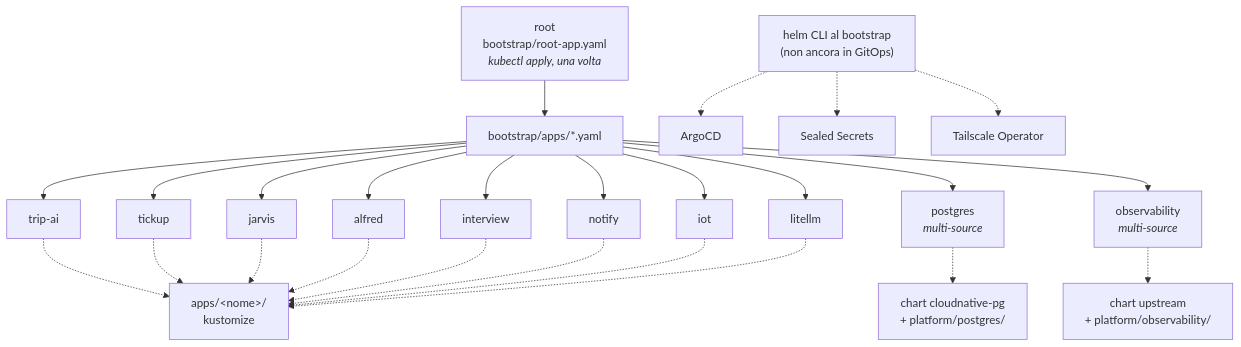
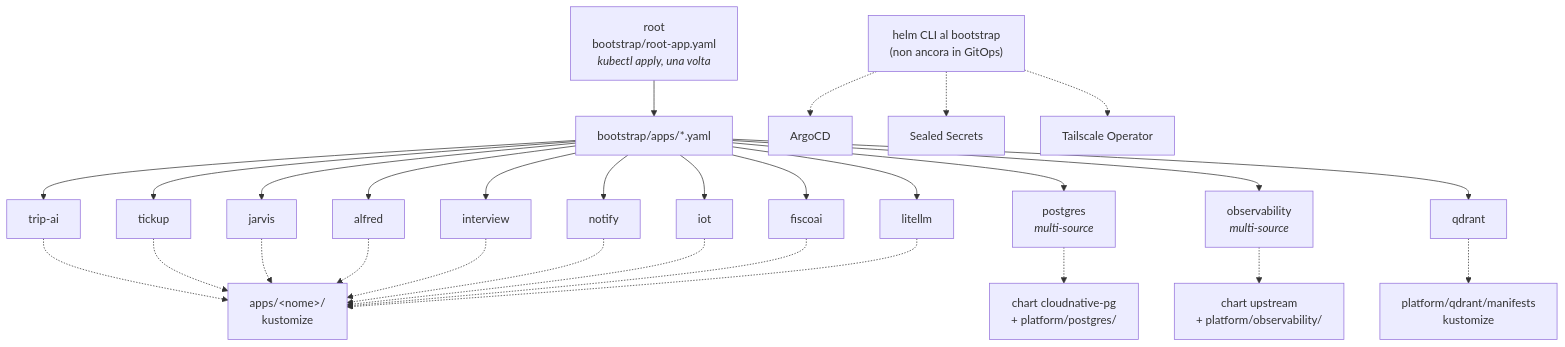
Before and after one commit to gmottola00/Home-Lab-Infra: the third of 8 diagrams in README.md, drawn with Mermaid. The commit also changed other lines of this file, not shown here.

Commit message:
docs(readme): FiscoAI, shared Qdrant and Voyage embeddings

````diff
--- a/README.md
+++ b/README.md
@@ -136,15 +141,17 @@
 ```mermaid
 flowchart TD
     root["root<br/>bootstrap/root-app.yaml<br/><i>kubectl apply, una volta</i>"] --> dir["bootstrap/apps/*.yaml"]
 
-    dir --> a1["trip-ai"] & a2["tickup"] & a3["jarvis"] & a4["alfred"] & a5["interview"] & a6["notify"] & a7["iot"]
+    dir --> a1["trip-ai"] & a2["tickup"] & a3["jarvis"] & a4["alfred"] & a5["interview"] & a6["notify"] & a7["iot"] & a8["fiscoai"]
     dir --> p1["litellm"]
     dir --> p2["postgres<br/><i>multi-source</i>"]
     dir --> p3["observability<br/><i>multi-source</i>"]
+    dir --> p4["qdrant"]
 
-    a1 & a2 & a3 & a4 & a5 & a6 & a7 & p1 -.-> k["apps/#lt;nome#gt;/<br/>kustomize"]
+    a1 & a2 & a3 & a4 & a5 & a6 & a7 & a8 & p1 -.-> k["apps/#lt;nome#gt;/<br/>kustomize"]
     p2 -.-> pc["chart cloudnative-pg<br/>+ platform/postgres/"]
     p3 -.-> oc["chart upstream<br/>+ platform/observability/"]
+    p4 -.-> qc["platform/qdrant/manifests<br/>kustomize"]
 
     helm["helm CLI al bootstrap<br/>(non ancora in GitOps)"] -.-> h1["ArgoCD"] & h2["Sealed Secrets"] & h3["Tailscale Operator"]
 ```
````
